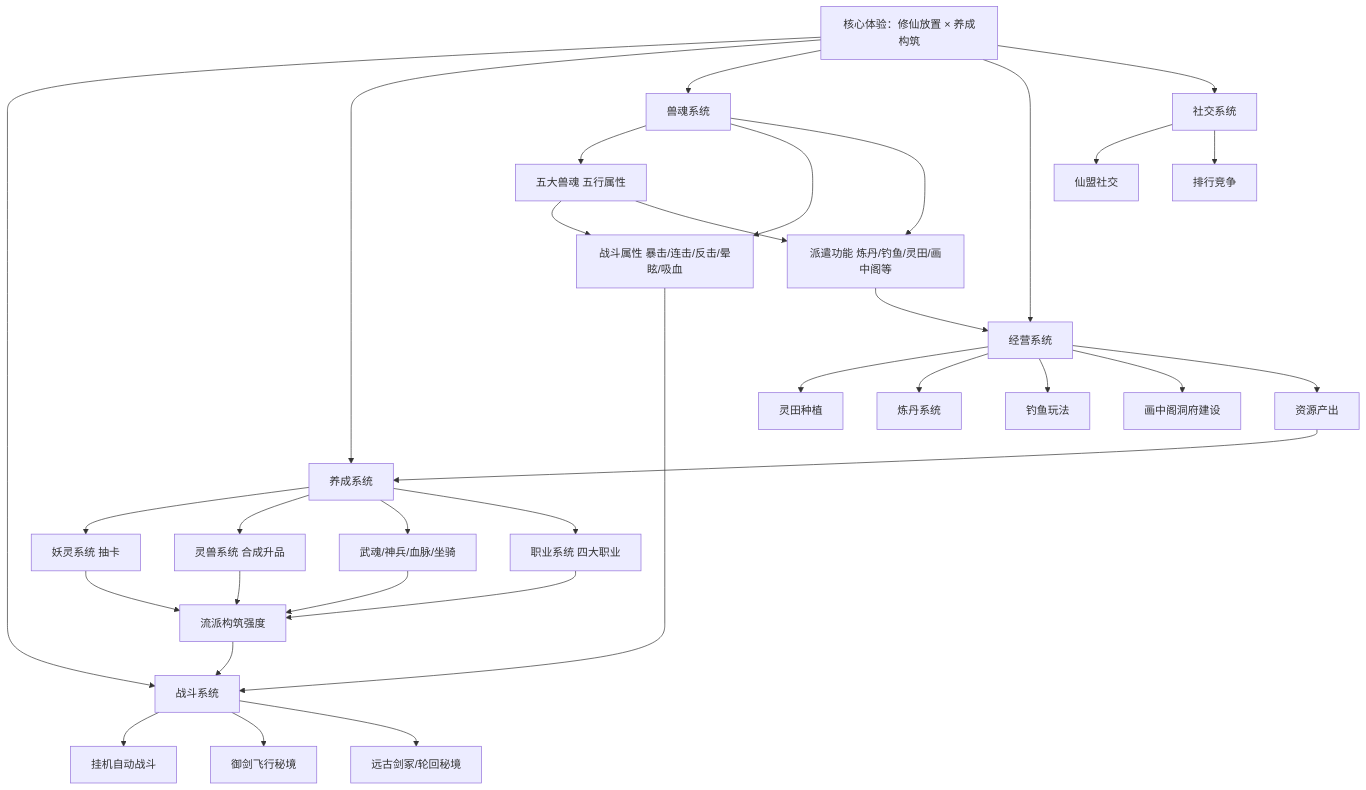
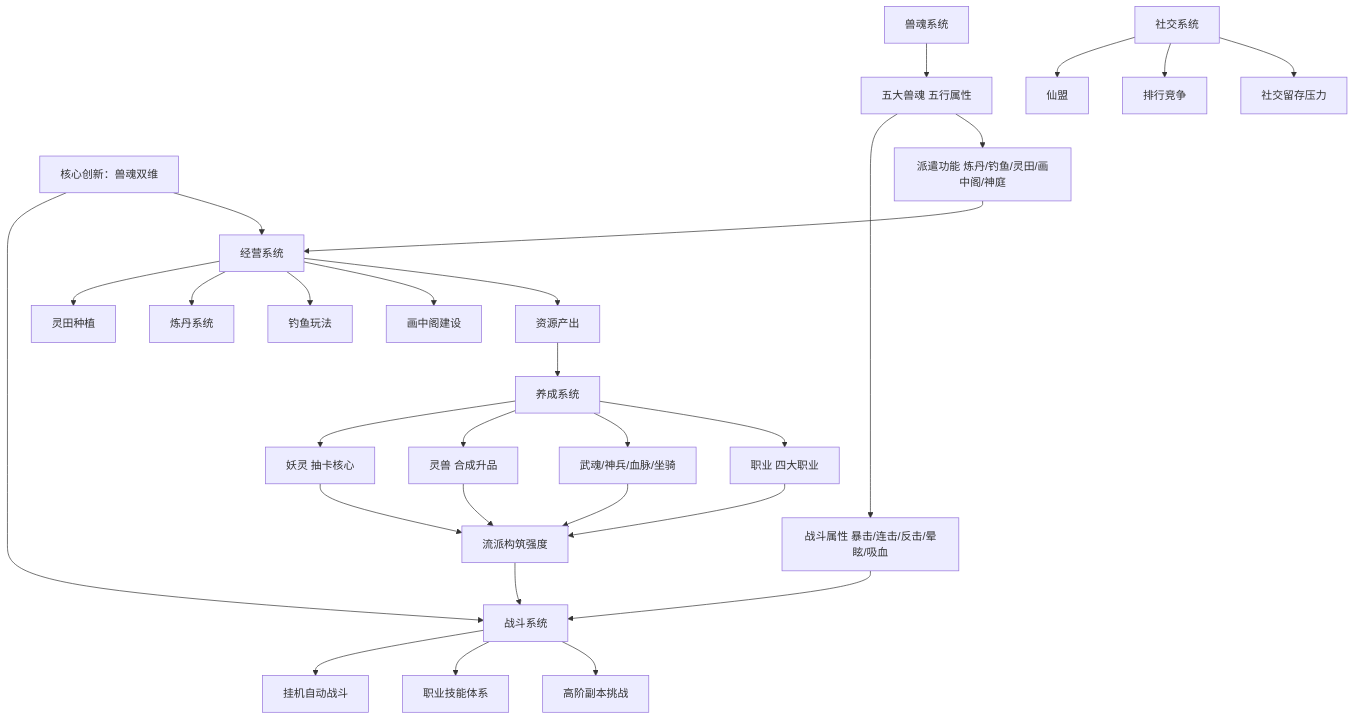
Before and after one commit to hongyesuifeng/readbooks: the diagram in games/rpg/灵画师/灵画师.md, drawn with Mermaid. The commit also changed other lines of this file and 15 other files, not shown here.

````diff
--- a/games/rpg/灵画师/灵画师.md
+++ b/games/rpg/灵画师/灵画师.md
@@ -52,38 +56,34 @@
 ```mermaid
 graph TD
-    A[核心体验：修仙放置 × 养成构筑] --> B[战斗系统]
-    A --> C[养成系统]
-    A --> D[兽魂系统]
+    A[核心创新：兽魂双维] --> B[战斗系统]
     A --> E[经营系统]
-    A --> F[社交系统]
 
     B --> B1[挂机自动战斗]
-    B --> B2[御剑飞行秘境]
-    B --> B3[远古剑冢/轮回秘境]
-
-    C --> C1[妖灵系统 抽卡]
-    C --> C2[灵兽系统 合成升品]
-    C --> C3[武魂/神兵/血脉/坐骑]
-    C --> C4[职业系统 四大职业]
-
-    D --> D1[五大兽魂 五行属性]
-    D --> D2[战斗属性 暴击/连击/反击/晕眩/吸血]
-    D --> D3[派遣功能 炼丹/钓鱼/灵田/画中阁等]
+    B --> B2[职业技能体系]
+    B --> B3[高阶副本挑战]
 
     E --> E1[灵田种植]
     E --> E2[炼丹系统]
     E --> E3[钓鱼玩法]
-    E --> E4[画中阁洞府建设]
+    E --> E4[画中阁建设]
 
-    F --> F1[仙盟社交]
-    F --> F2[排行竞争]
+    C[养成系统] --> C1[妖灵 抽卡核心]
+    C --> C2[灵兽 合成升品]
+    C --> C3[武魂/神兵/血脉/坐骑]
+    C --> C4[职业 四大职业]
 
-    D1 --> D2
-    D1 --> D3
+    D[兽魂系统] --> D1[五大兽魂 五行属性]
+    D1 --> D2[战斗属性 暴击/连击/反击/晕眩/吸血]
+    D1 --> D3[派遣功能 炼丹/钓鱼/灵田/画中阁/神庭]
     D2 --> B
     D3 --> E
+
     C1 & C2 & C3 & C4 --> G[流派构筑强度]
     G --> B
     E --> H[资源产出]
     H --> C
+
+    F[社交系统] --> F1[仙盟]
+    F --> F2[排行竞争]
+    F --> I[社交留存压力]
 ```
````
